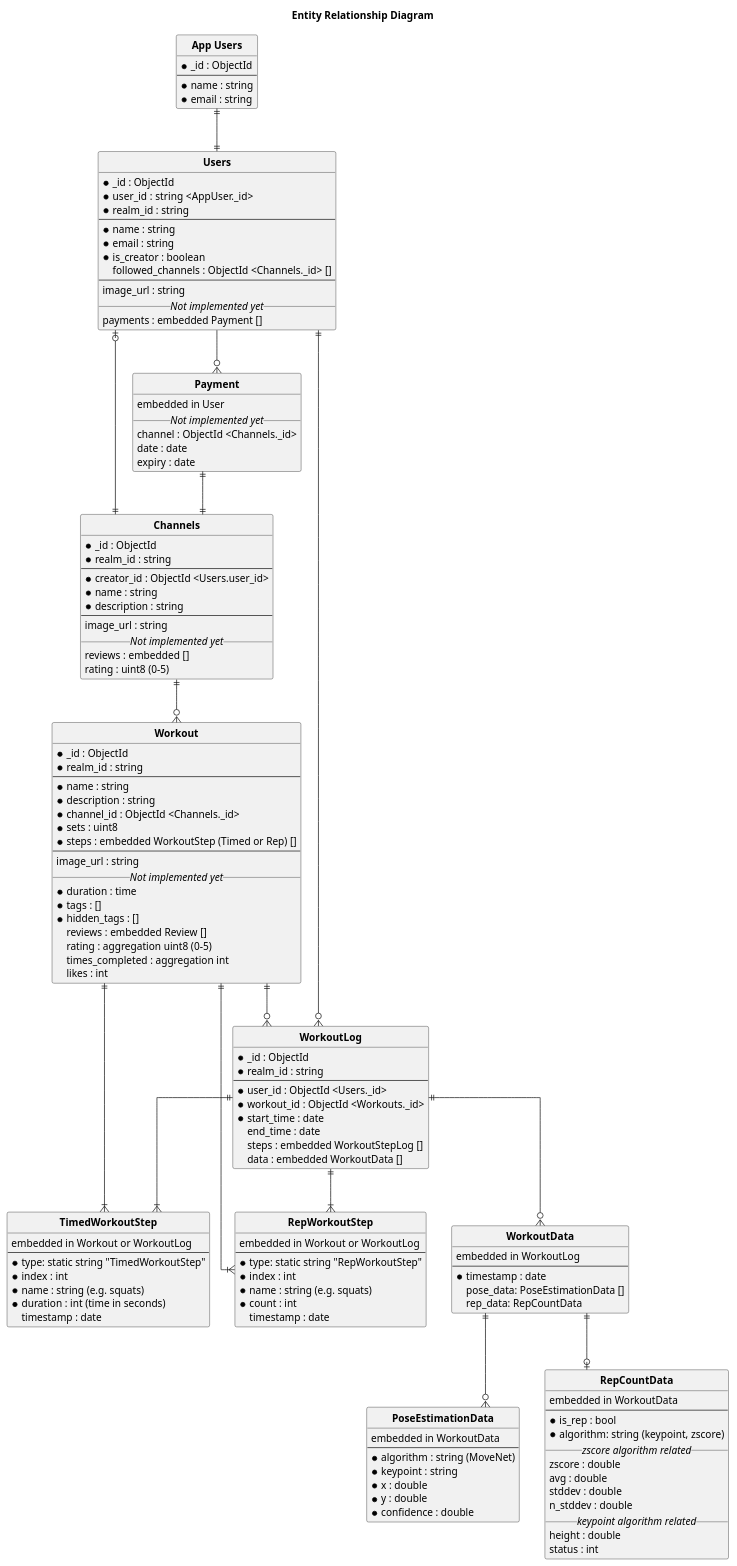
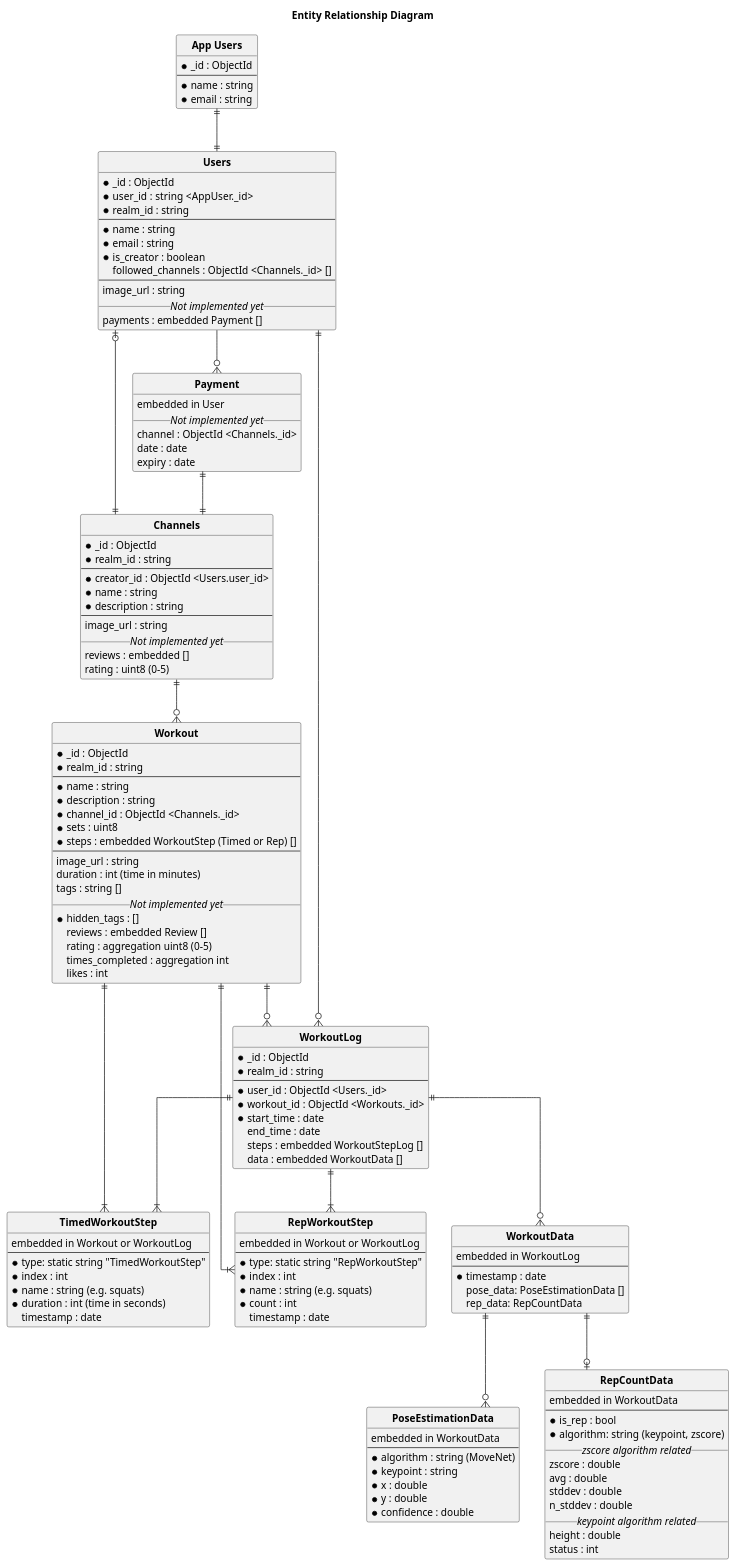
One commit to wongway/tmp-form-app changed the diagram in docs/diagrams/src/data_schema.puml. Above: the diagram before and after it, drawn with PlantUML. The commit also changed 2 other files, not shown here.

Commit message:
Added tags to workout schema

```diff
--- a/docs/diagrams/src/data_schema.puml
+++ b/docs/diagrams/src/data_schema.puml
@@ -1,163 +1,163 @@
 @startuml data_schema
 
 title Entity Relationship Diagram
 ' Follows the standards in: https://plantuml.com/ie-diagram
 
 hide circle
 skinparam linetype ortho
 
 entity "**App Users**" as AppUser {
     * _id : ObjectId
     ---
     * name : string
     * email : string
 }
 
 entity "**Users**" as User {
     * _id : ObjectId
     * user_id : string <AppUser._id>
     * realm_id : string
     ---
     * name : string
     * email : string
     * is_creator : boolean
     followed_channels : ObjectId <Channels._id> []
     ---
     image_url : string
     __//Not implemented yet//__
     payments : embedded Payment []
 }
 
 entity "**Payment**" as Payment {
     embedded in User
     __//Not implemented yet//__
     channel : ObjectId <Channels._id>
     date : date
     expiry : date
 }
 
 entity "**Channels**" as Channel {
     * _id : ObjectId
     ' * channel_id : string
     * realm_id : string
     ---
     * creator_id : ObjectId <Users.user_id>
     * name : string
     * description : string
     ---
     image_url : string
     __//Not implemented yet//__
     reviews : embedded []
     rating : uint8 (0-5)
 }
 
 entity "**Workout**" as Workout {
     * _id : ObjectId
     * realm_id : string
     ---
     * name : string
     * description : string
     * channel_id : ObjectId <Channels._id>
     * sets : uint8
     * steps : embedded WorkoutStep (Timed or Rep) []
     ---
     image_url : string
+    duration : int (time in minutes)
+    tags : string []
     __//Not implemented yet//__
-    * duration : time
-    * tags : []
     * hidden_tags : []
     reviews : embedded Review []
     rating : aggregation uint8 (0-5)
     times_completed : aggregation int
     likes : int
 }
 
 ' TODO: Probably want some sort of enum for type
 entity "**RepWorkoutStep**" as RepWorkoutStep {
     embedded in Workout or WorkoutLog
     ---
     * type: static string "RepWorkoutStep"
     * index : int
     * name : string (e.g. squats)
     * count : int
     timestamp : date
 }
 
 entity "**TimedWorkoutStep**" as TimedWorkoutStep {
     embedded in Workout or WorkoutLog
     ---
     * type: static string "TimedWorkoutStep"
     * index : int
     * name : string (e.g. squats)
     * duration : int (time in seconds)
     timestamp : date
 }
 
 entity "**WorkoutLog**" as WorkoutLog {
     * _id : ObjectId
     * realm_id : string
     ---
     * user_id : ObjectId <Users._id>
     * workout_id : ObjectId <Workouts._id>
     * start_time : date
     end_time : date
     steps : embedded WorkoutStepLog []
     data : embedded WorkoutData []
 }
 
 entity "**WorkoutData**" as WorkoutData {
     embedded in WorkoutLog
     ---
     * timestamp : date
     pose_data: PoseEstimationData []
     rep_data: RepCountData
 }
 
 entity "**PoseEstimationData**" as PoseEstimationData {
     embedded in WorkoutData
     ---
     * algorithm : string (MoveNet)
     * keypoint : string 
     * x : double
     * y : double
     * confidence : double
 }
 
 entity "**RepCountData**" as RepCountData {
     embedded in WorkoutData
     ---
     * is_rep : bool
     * algorithm: string (keypoint, zscore)
     __//zscore algorithm related//__
     zscore : double
     avg : double
     stddev : double
     n_stddev : double
     __//keypoint algorithm related//__
     height : double
     status : int
 }
 
 AppUser ||--|| User
 
 Workout ||--|{ TimedWorkoutStep
 Workout ||--|{ RepWorkoutStep
 Workout ||--o{ WorkoutLog
 
 WorkoutLog ||--|{ TimedWorkoutStep
 WorkoutLog ||--|{ RepWorkoutStep
 
 User ||--o{ WorkoutLog
 User --o{ Payment
 
 Payment ||--|| Channel
 
 ' Channel has one creator
 ' Users have zero or more followed channels
 Channel ||--o| User
 Channel ||--o{ Workout
 WorkoutLog ||--o{ WorkoutData
 WorkoutData ||--o{ PoseEstimationData
 WorkoutData ||--o| RepCountData
 
 @enduml
```
